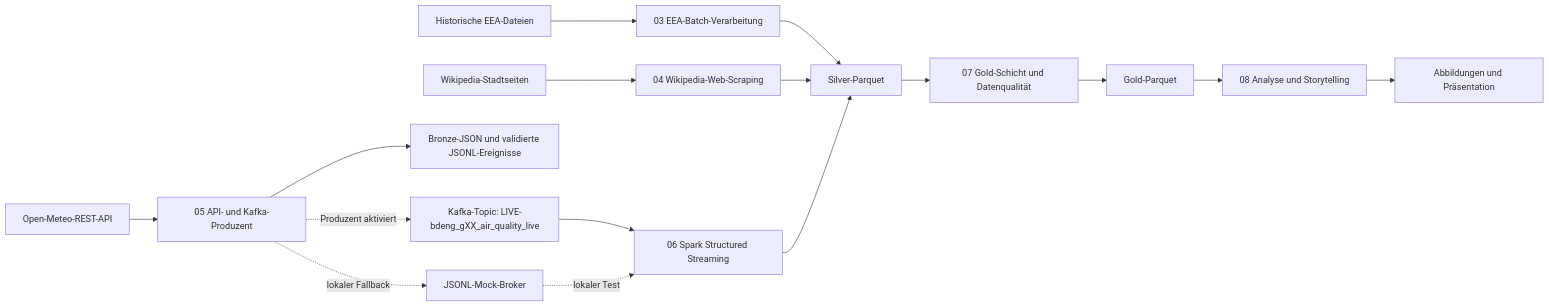
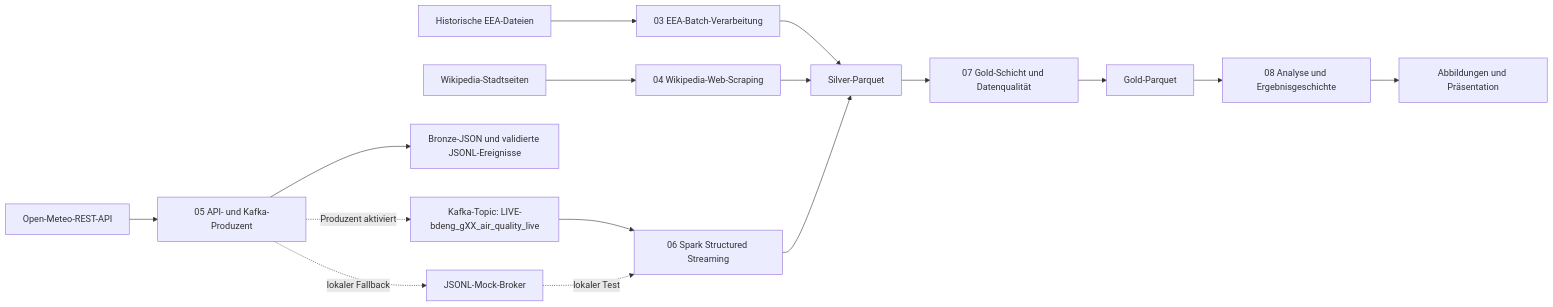
Before and after one commit to OnlyMajorG/euro-air-quality-pipeline: the diagram in README.md, drawn with Mermaid. The commit also changed other lines of this file and 6 other files, not shown here.

````diff
--- a/README.md
+++ b/README.md
@@ -50,18 +50,18 @@
 ```mermaid
 flowchart LR
     EEA["Historische EEA-Dateien"] --> N03["03 EEA-Batch-Verarbeitung"]
     WIKI["Wikipedia-Stadtseiten"] --> N04["04 Wikipedia-Web-Scraping"]
     API["Open-Meteo-REST-API"] --> N05["05 API- und Kafka-Produzent"]
     N05 --> RAW["Bronze-JSON und validierte JSONL-Ereignisse"]
     N05 -. "Produzent aktiviert" .-> KAFKA["Kafka-Topic: LIVE-bdeng_gXX_air_quality_live"]
     N05 -. "lokaler Fallback" .-> MOCK["JSONL-Mock-Broker"]
     KAFKA --> N06["06 Spark Structured Streaming"]
     MOCK -. "lokaler Test" .-> N06
     N03 --> SILVER["Silver-Parquet"]
     N04 --> SILVER
     N06 --> SILVER
     SILVER --> N07["07 Gold-Schicht und Datenqualität"]
     N07 --> GOLD["Gold-Parquet"]
-    GOLD --> N08["08 Analyse und Storytelling"]
+    GOLD --> N08["08 Analyse und Ergebnisgeschichte"]
     N08 --> FIG["Abbildungen und Präsentation"]
 ```
````
